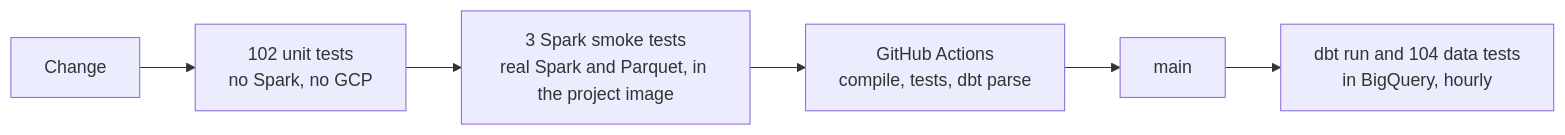
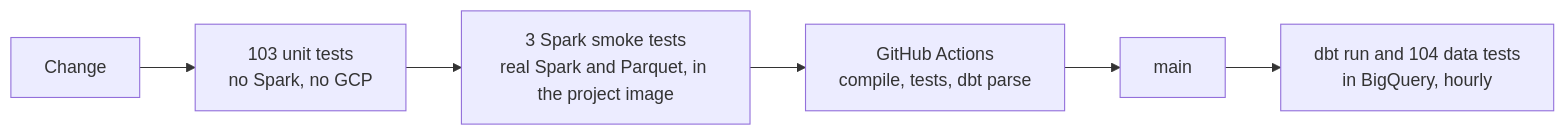
Before and after one commit to TomasRipsky/marineflow: the fifth of 5 diagrams in README.md, drawn with Mermaid. The commit also changed other lines of this file and 7 other files, not shown here.

````diff
--- a/README.md
+++ b/README.md
@@ -459,8 +459,8 @@
 ```mermaid
 flowchart LR
-    change["Change"] --> unit["102 unit tests<br/>no Spark, no GCP"]
+    change["Change"] --> unit["103 unit tests<br/>no Spark, no GCP"]
     unit --> smoke["3 Spark smoke tests<br/>real Spark and Parquet, in the project image"]
     smoke --> ci["GitHub Actions<br/>compile, tests, dbt parse"]
     ci --> main["main"]
     main --> dbt["dbt run and 104 data tests<br/>in BigQuery, hourly"]
 ```
````
